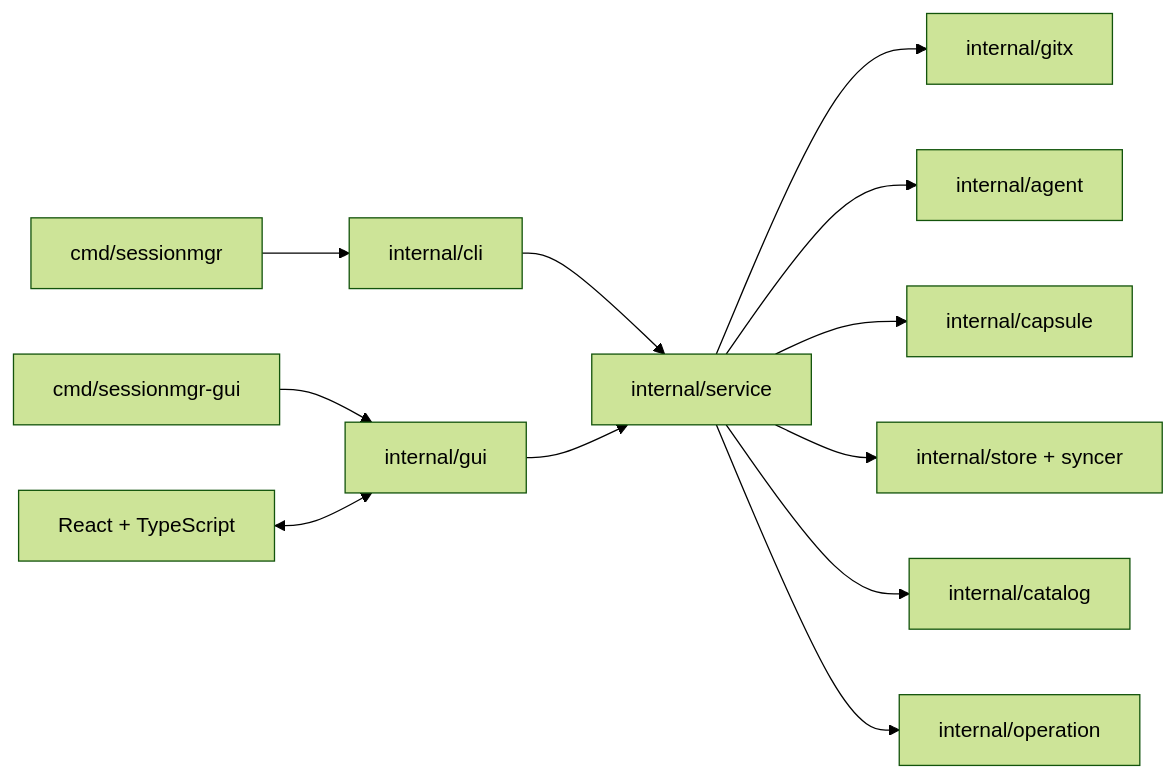
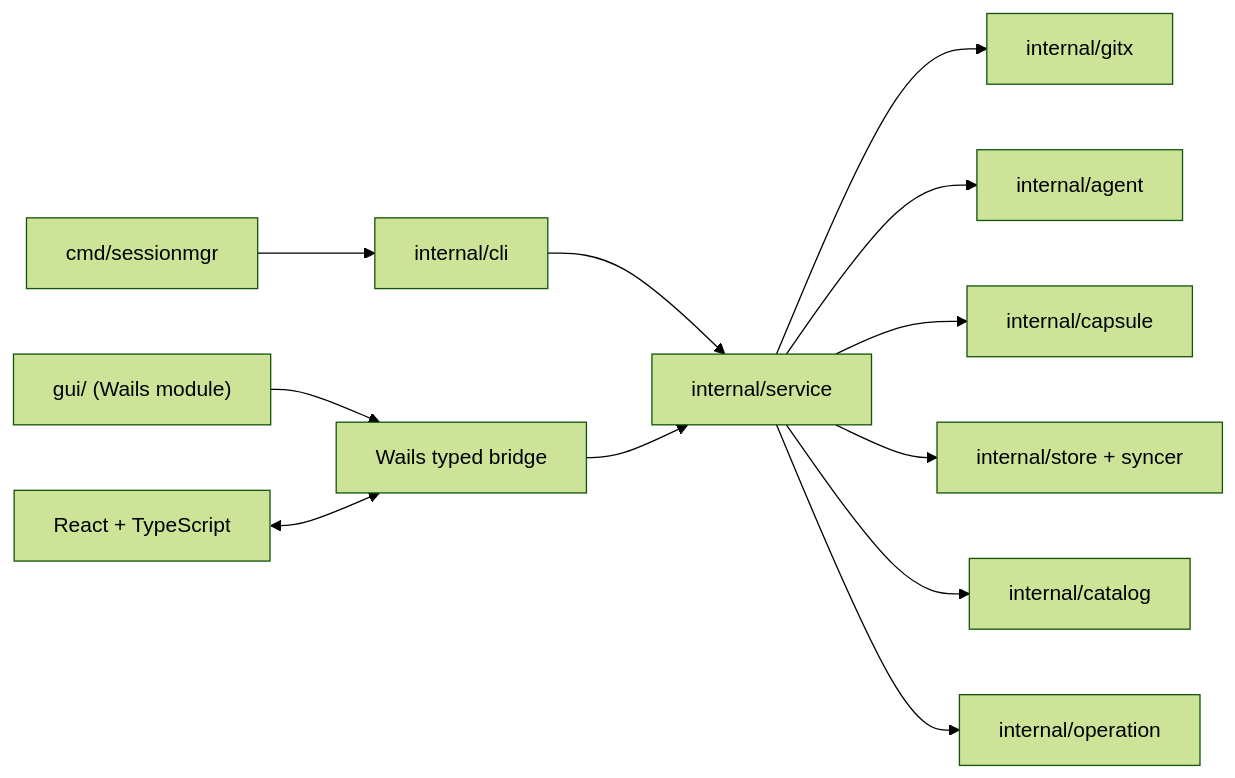
Before and after one commit to qiulinfan/sessionmgr: the diagram in docs/GUI_IMPLEMENTATION_PLAN.md, drawn with Mermaid (forest theme). The commit also changed other lines of this file and 28 other files, not shown here.

````diff
--- a/docs/GUI_IMPLEMENTATION_PLAN.md
+++ b/docs/GUI_IMPLEMENTATION_PLAN.md
@@ -258,14 +258,14 @@
 ```mermaid
 flowchart LR
     CLI["cmd/sessionmgr"] --> CLIAdapter["internal/cli"]
-    GUI["cmd/sessionmgr-gui"] --> Bridge["internal/gui"]
+    GUI["gui/ (Wails module)"] --> Bridge["Wails typed bridge"]
     Frontend["React + TypeScript"] <--> Bridge
     CLIAdapter --> Service["internal/service"]
     Bridge --> Service
     Service --> Git["internal/gitx"]
     Service --> Agent["internal/agent"]
     Service --> Capsule["internal/capsule"]
     Service --> Store["internal/store + syncer"]
     Service --> Catalog["internal/catalog"]
     Service --> Reports["internal/operation"]
 ```
````
